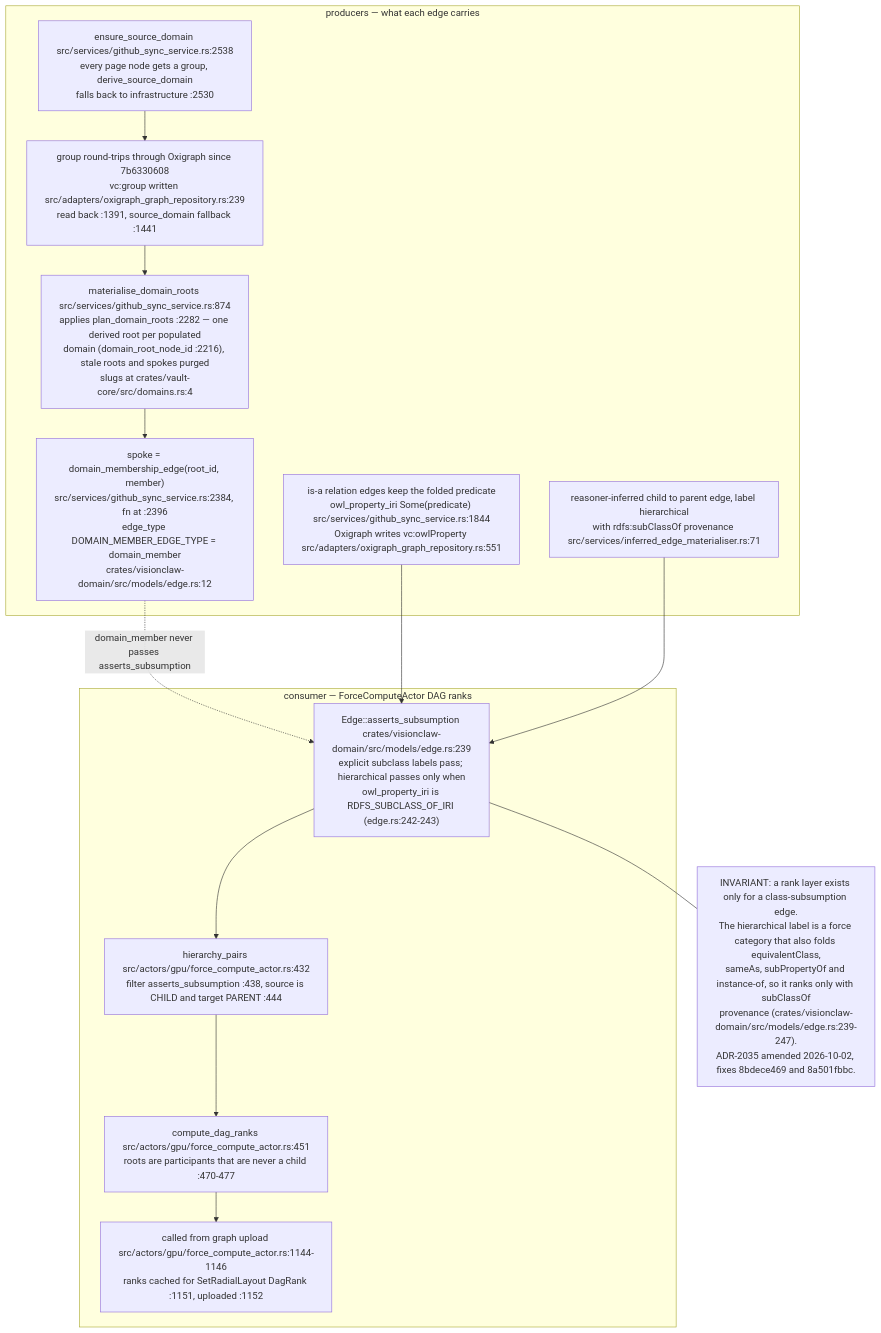
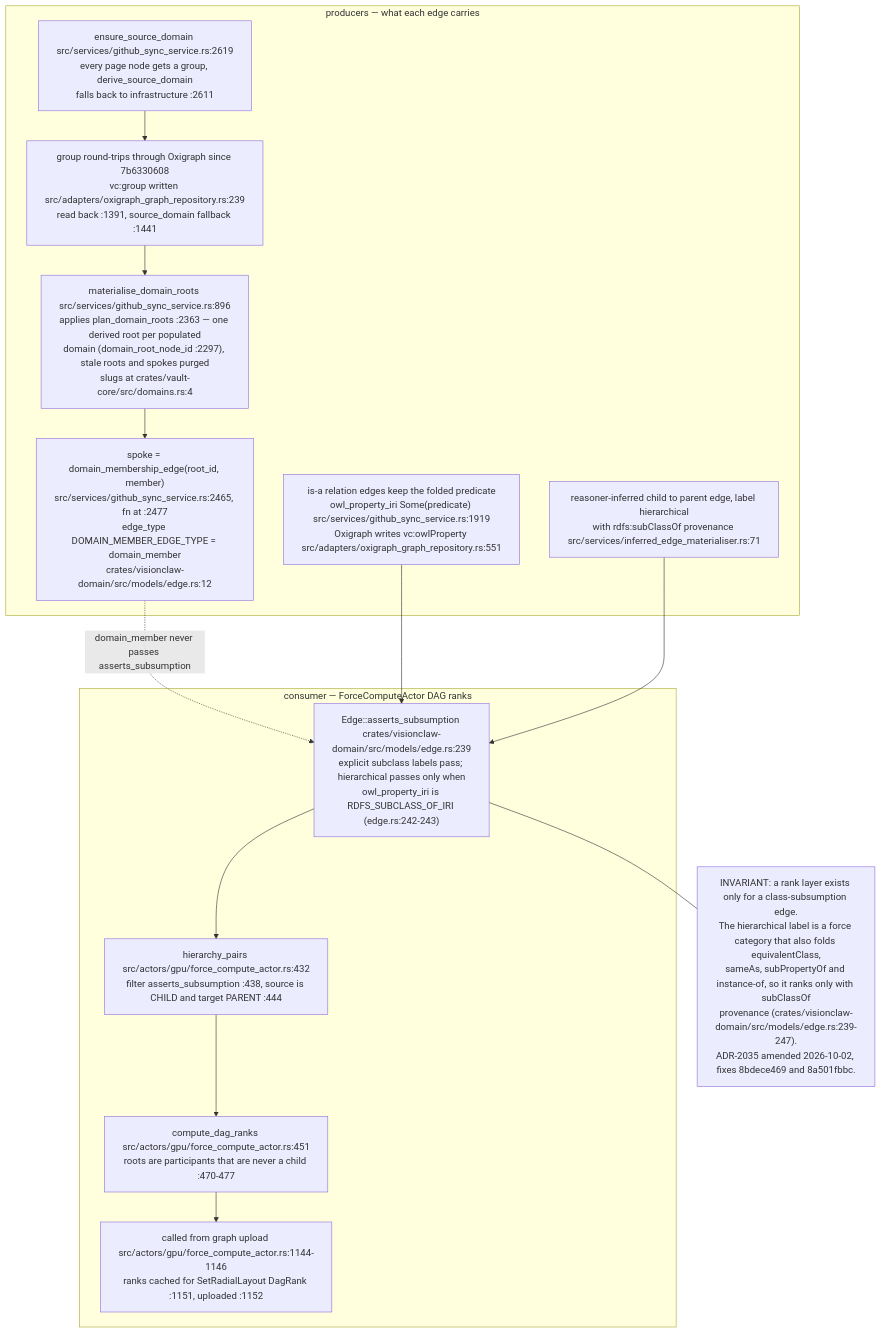
One commit to DreamLab-AI/VisionFlow changed the eighth of 8 diagrams in docs/diagrams/visionclaw/16-interaction-drag-pin-layout.md. Above: the diagram before and after it, drawn with Mermaid. The commit also changed other lines of this file and 56 other files, not shown here.

First line of the commit message:
docs(diagrams): re-verify VisionClaw topics at ec785afa9, add VC-19/56/57 and the VisionClaw register

````diff
--- a/docs/diagrams/visionclaw/16-interaction-drag-pin-layout.md
+++ b/docs/diagrams/visionclaw/16-interaction-drag-pin-layout.md
@@ -300,24 +306,24 @@
 ```mermaid
 flowchart TB
     subgraph PROD["producers — what each edge carries"]
-        P1["ensure_source_domain src/services/github_sync_service.rs:2538<br/>every page node gets a group, derive_source_domain<br/>falls back to infrastructure :2530"]
+        P1["ensure_source_domain src/services/github_sync_service.rs:2619<br/>every page node gets a group, derive_source_domain<br/>falls back to infrastructure :2611"]
         P2["group round-trips through Oxigraph since 7b6330608<br/>vc:group written src/adapters/oxigraph_graph_repository.rs:239<br/>read back :1391, source_domain fallback :1441"]
-        P3["materialise_domain_roots src/services/github_sync_service.rs:874<br/>applies plan_domain_roots :2282 — one derived root per populated<br/>domain (domain_root_node_id :2216), stale roots and spokes purged<br/>slugs at crates/vault-core/src/domains.rs:4"]
-        P4["spoke = domain_membership_edge(root_id, member)<br/>src/services/github_sync_service.rs:2384, fn at :2396<br/>edge_type DOMAIN_MEMBER_EDGE_TYPE = domain_member<br/>crates/visionclaw-domain/src/models/edge.rs:12"]
-        P5["is-a relation edges keep the folded predicate<br/>owl_property_iri Some(predicate) src/services/github_sync_service.rs:1844<br/>Oxigraph writes vc:owlProperty src/adapters/oxigraph_graph_repository.rs:551"]
+        P3["materialise_domain_roots src/services/github_sync_service.rs:896<br/>applies plan_domain_roots :2363 — one derived root per populated<br/>domain (domain_root_node_id :2297), stale roots and spokes purged<br/>slugs at crates/vault-core/src/domains.rs:4"]
+        P4["spoke = domain_membership_edge(root_id, member)<br/>src/services/github_sync_service.rs:2465, fn at :2477<br/>edge_type DOMAIN_MEMBER_EDGE_TYPE = domain_member<br/>crates/visionclaw-domain/src/models/edge.rs:12"]
+        P5["is-a relation edges keep the folded predicate<br/>owl_property_iri Some(predicate) src/services/github_sync_service.rs:1919<br/>Oxigraph writes vc:owlProperty src/adapters/oxigraph_graph_repository.rs:551"]
         P6["reasoner-inferred child to parent edge, label hierarchical<br/>with rdfs:subClassOf provenance src/services/inferred_edge_materialiser.rs:71"]
         P1 --> P2 --> P3 --> P4
     end
     subgraph RANK["consumer — ForceComputeActor DAG ranks"]
         R1["Edge::asserts_subsumption crates/visionclaw-domain/src/models/edge.rs:239<br/>explicit subclass labels pass; hierarchical passes only when<br/>owl_property_iri is RDFS_SUBCLASS_OF_IRI (edge.rs:242-243)"]
         R2["hierarchy_pairs src/actors/gpu/force_compute_actor.rs:432<br/>filter asserts_subsumption :438, source is CHILD and target PARENT :444"]
         R3["compute_dag_ranks src/actors/gpu/force_compute_actor.rs:451<br/>roots are participants that are never a child :470-477"]
         R4["called from graph upload src/actors/gpu/force_compute_actor.rs:1144-1146<br/>ranks cached for SetRadialLayout DagRank :1151, uploaded :1152"]
         R1 --> R2 --> R3 --> R4
     end
     P4 -. "domain_member never passes asserts_subsumption" .-> R1
     P5 --> R1
     P6 --> R1
     I["INVARIANT: a rank layer exists only for a class-subsumption edge.<br/>The hierarchical label is a force category that also folds equivalentClass,<br/>sameAs, subPropertyOf and instance-of, so it ranks only with subClassOf<br/>provenance (crates/visionclaw-domain/src/models/edge.rs:239-247).<br/>ADR-2035 amended 2026-10-02, fixes 8bdece469 and 8a501fbbc."]
     R1 --- I
 ```
````
